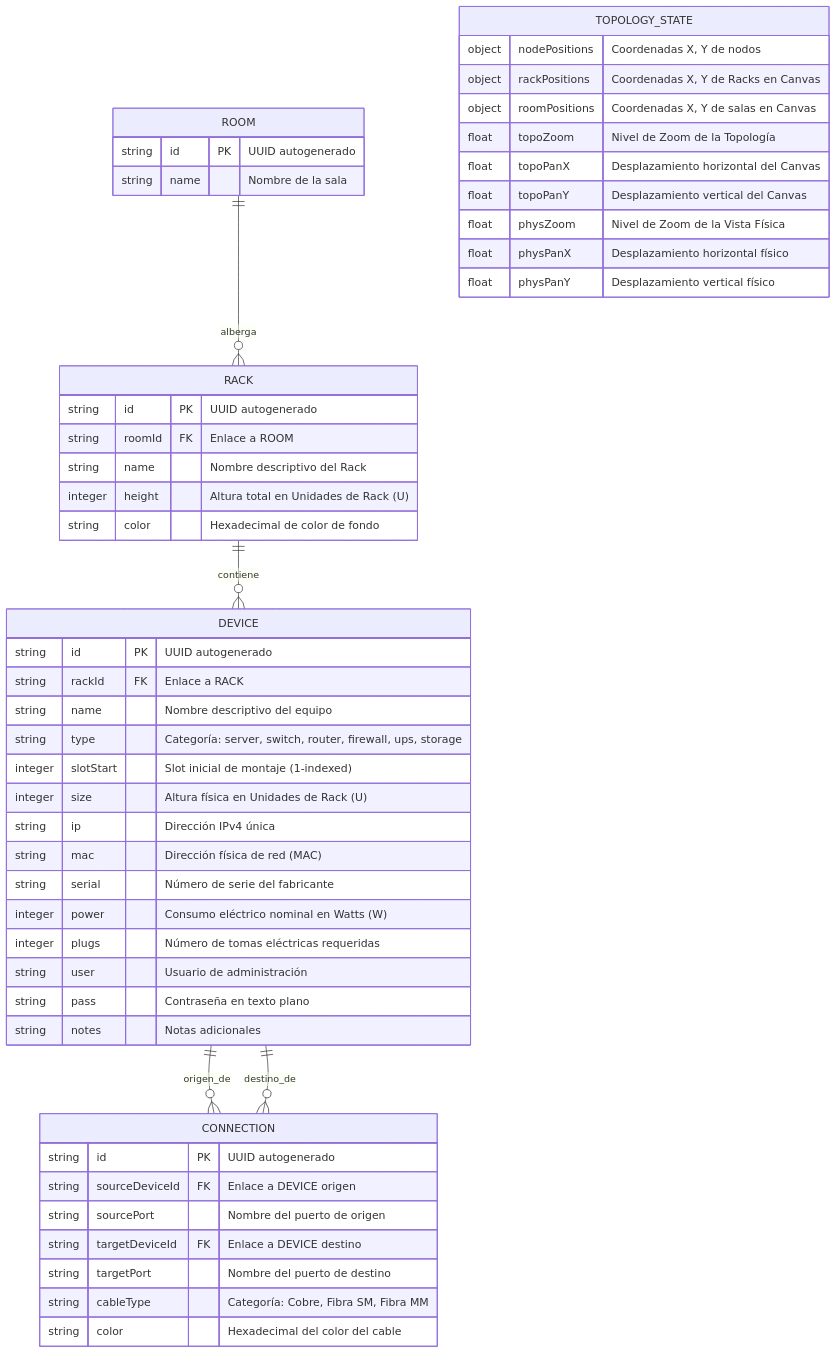
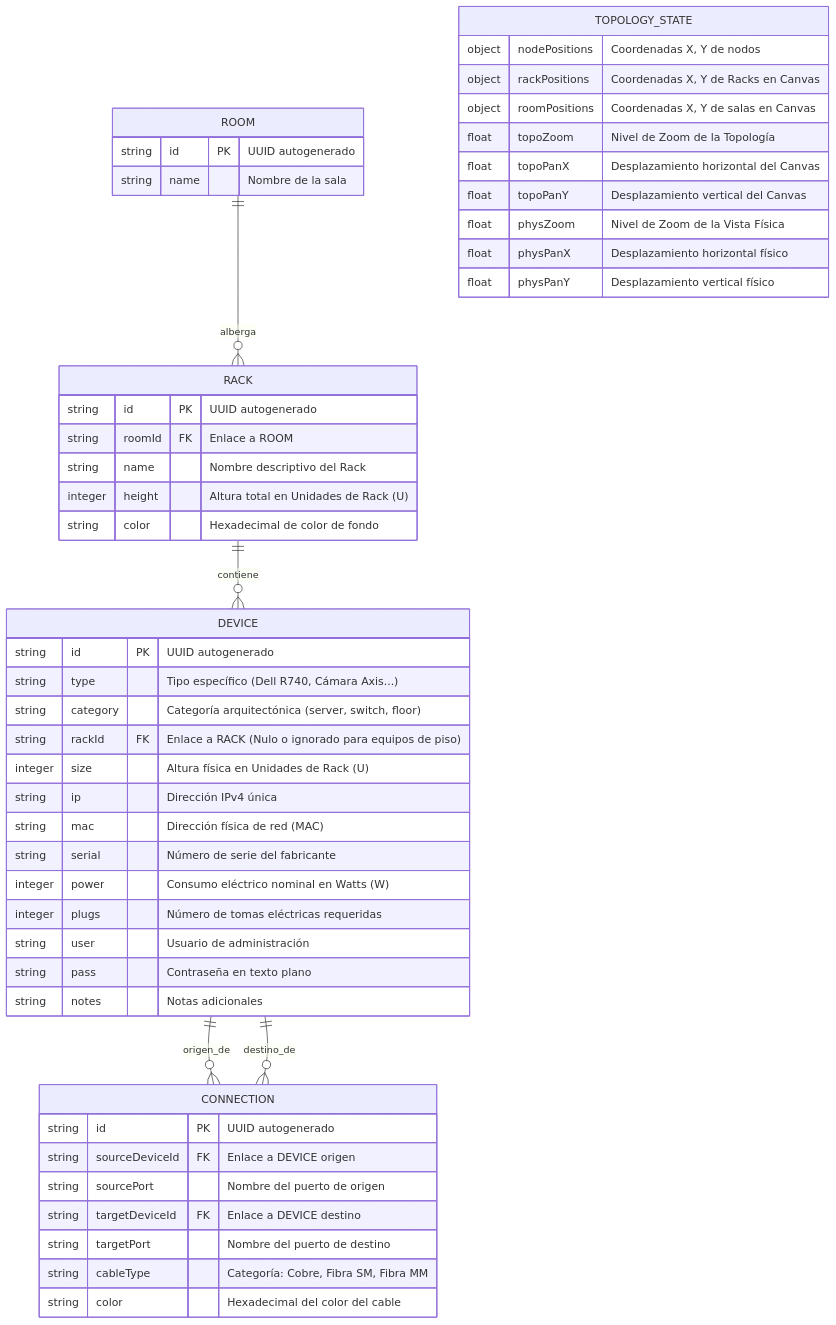
One commit to cnodfcuellar/Rack_Designer_2 changed the second of 7 diagrams in DOC/DOC_ANALISIS_TECNICO.md. Above: the diagram before and after it, drawn with Mermaid. The commit also changed other lines of this file, not shown here.

Commit message:
docs: update technical analysis with glassmorphism and floor devices architecture

````diff
--- a/DOC/DOC_ANALISIS_TECNICO.md
+++ b/DOC/DOC_ANALISIS_TECNICO.md
@@ -106,59 +106,58 @@
 ```mermaid
 erDiagram
     ROOM {
         string id PK "UUID autogenerado"
         string name "Nombre de la sala"
     }
 
     RACK {
         string id PK "UUID autogenerado"
         string roomId FK "Enlace a ROOM"
         string name "Nombre descriptivo del Rack"
         integer height "Altura total en Unidades de Rack (U)"
         string color "Hexadecimal de color de fondo"
     }
 
     DEVICE {
         string id PK "UUID autogenerado"
-        string rackId FK "Enlace a RACK"
-        string name "Nombre descriptivo del equipo"
-        string type "Categoría: server, switch, router, firewall, ups, storage"
-        integer slotStart "Slot inicial de montaje (1-indexed)"
+        string type "Tipo específico (Dell R740, Cámara Axis...)"
+        string category "Categoría arquitectónica (server, switch, floor)"
+        string rackId FK "Enlace a RACK (Nulo o ignorado para equipos de piso)"
         integer size "Altura física en Unidades de Rack (U)"
         string ip "Dirección IPv4 única"
         string mac "Dirección física de red (MAC)"
         string serial "Número de serie del fabricante"
         integer power "Consumo eléctrico nominal en Watts (W)"
         integer plugs "Número de tomas eléctricas requeridas"
         string user "Usuario de administración"
         string pass "Contraseña en texto plano"
         string notes "Notas adicionales"
     }
 
     CONNECTION {
         string id PK "UUID autogenerado"
         string sourceDeviceId FK "Enlace a DEVICE origen"
         string sourcePort "Nombre del puerto de origen"
         string targetDeviceId FK "Enlace a DEVICE destino"
         string targetPort "Nombre del puerto de destino"
         string cableType "Categoría: Cobre, Fibra SM, Fibra MM"
         string color "Hexadecimal del color del cable"
     }
 
     TOPOLOGY_STATE {
         object nodePositions "Coordenadas X, Y de nodos"
         object rackPositions "Coordenadas X, Y de Racks en Canvas"
         object roomPositions "Coordenadas X, Y de salas en Canvas"
         float topoZoom "Nivel de Zoom de la Topología"
         float topoPanX "Desplazamiento horizontal del Canvas"
         float topoPanY "Desplazamiento vertical del Canvas"
         float physZoom "Nivel de Zoom de la Vista Física"
         float physPanX "Desplazamiento horizontal físico"
         float physPanY "Desplazamiento vertical físico"
     }
 
     ROOM ||--o{ RACK : "alberga"
     RACK ||--o{ DEVICE : "contiene"
     DEVICE ||--o{ CONNECTION : "origen_de"
     DEVICE ||--o{ CONNECTION : "destino_de"
 ```
````
